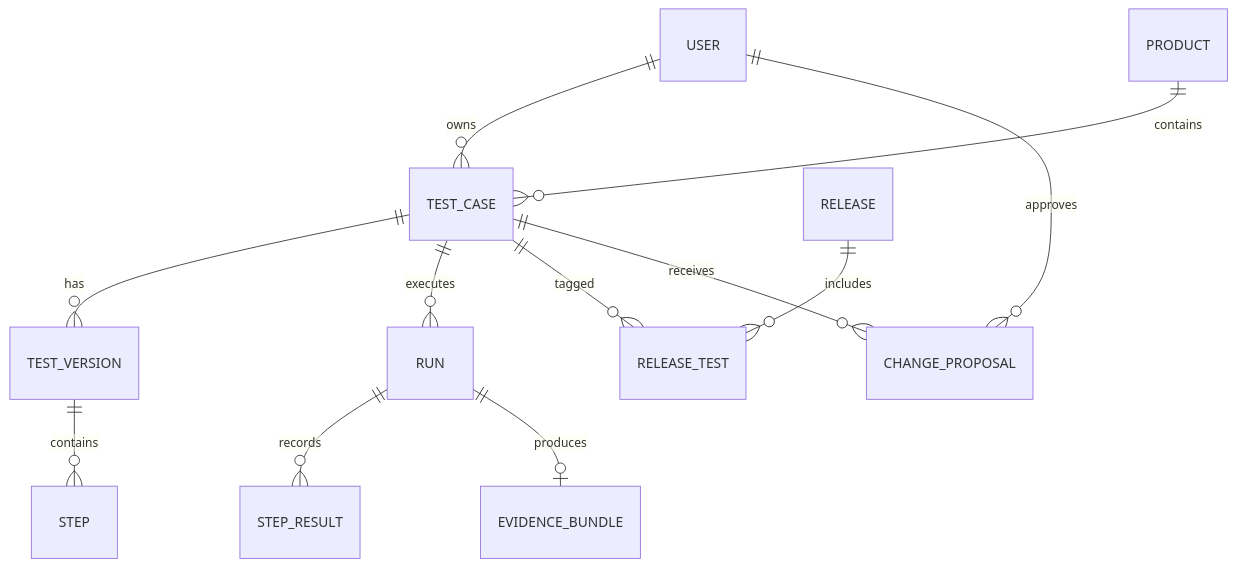
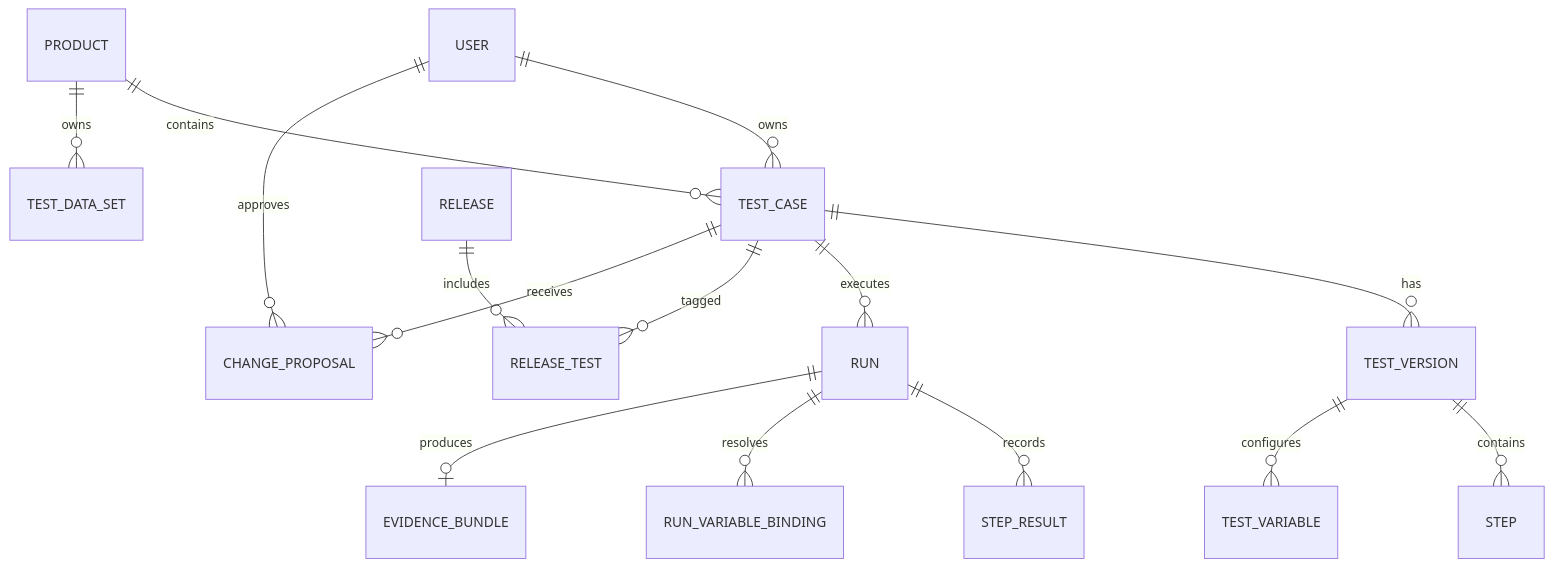
One commit to Devilcoder2/testing-agent-project changed the second of 2 diagrams in architecture.md. Above: the diagram before and after it, drawn with Mermaid. The commit also changed other lines of this file, not shown here.

Commit message:
docs: design phase 4 variable boundary

````diff
--- a/architecture.md
+++ b/architecture.md
@@ -72,14 +74,17 @@
 ```mermaid
 erDiagram
     USER ||--o{ TEST_CASE : owns
     PRODUCT ||--o{ TEST_CASE : contains
     TEST_CASE ||--o{ TEST_VERSION : has
     TEST_VERSION ||--o{ STEP : contains
     TEST_CASE ||--o{ RUN : executes
+    TEST_VERSION ||--o{ TEST_VARIABLE : configures
+    PRODUCT ||--o{ TEST_DATA_SET : owns
     RUN ||--o{ STEP_RESULT : records
+    RUN ||--o{ RUN_VARIABLE_BINDING : resolves
     RUN ||--o| EVIDENCE_BUNDLE : produces
     RELEASE ||--o{ RELEASE_TEST : includes
     TEST_CASE ||--o{ RELEASE_TEST : tagged
     TEST_CASE ||--o{ CHANGE_PROPOSAL : receives
     USER ||--o{ CHANGE_PROPOSAL : approves
 ```
````
